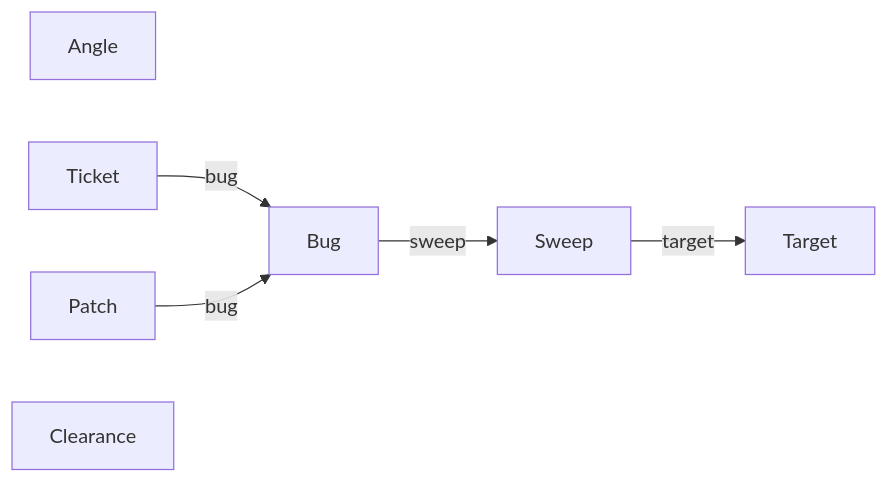
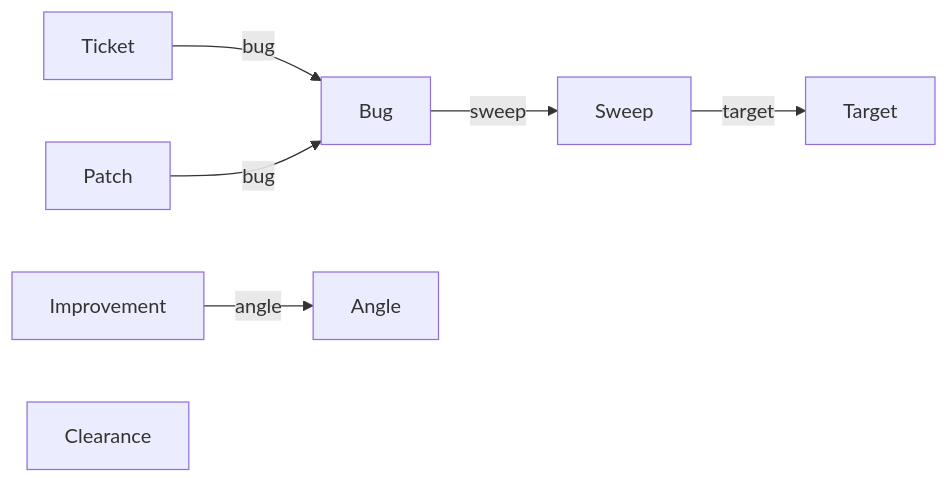
The first of 17 diagrams in qa/glossary/glossary.md (heckslabs/hecks), drawn with Mermaid before and after one commit. The commit also changed other lines of this file and 7 other files, not shown here.

````diff
--- a/qa/glossary/glossary.md
+++ b/qa/glossary/glossary.md
@@ -7,14 +7,16 @@
 ```mermaid
 flowchart LR
     n_target["Target"]
     n_sweep["Sweep"]
     n_bug["Bug"]
     n_angle["Angle"]
     n_ticket["Ticket"]
     n_patch["Patch"]
+    n_improvement["Improvement"]
     n_clearance["Clearance"]
     n_sweep -->|"target"| n_target
     n_bug -->|"sweep"| n_sweep
     n_ticket -->|"bug"| n_bug
     n_patch -->|"bug"| n_bug
+    n_improvement -->|"angle"| n_angle
 ```
````
